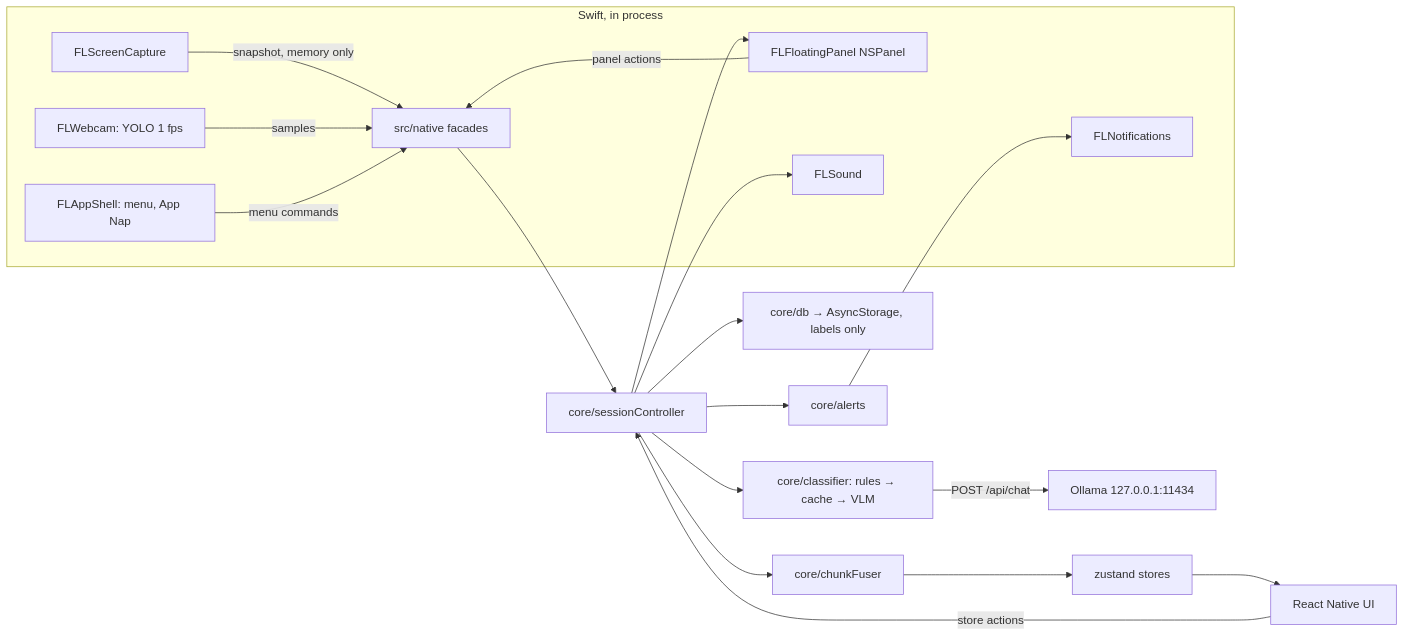
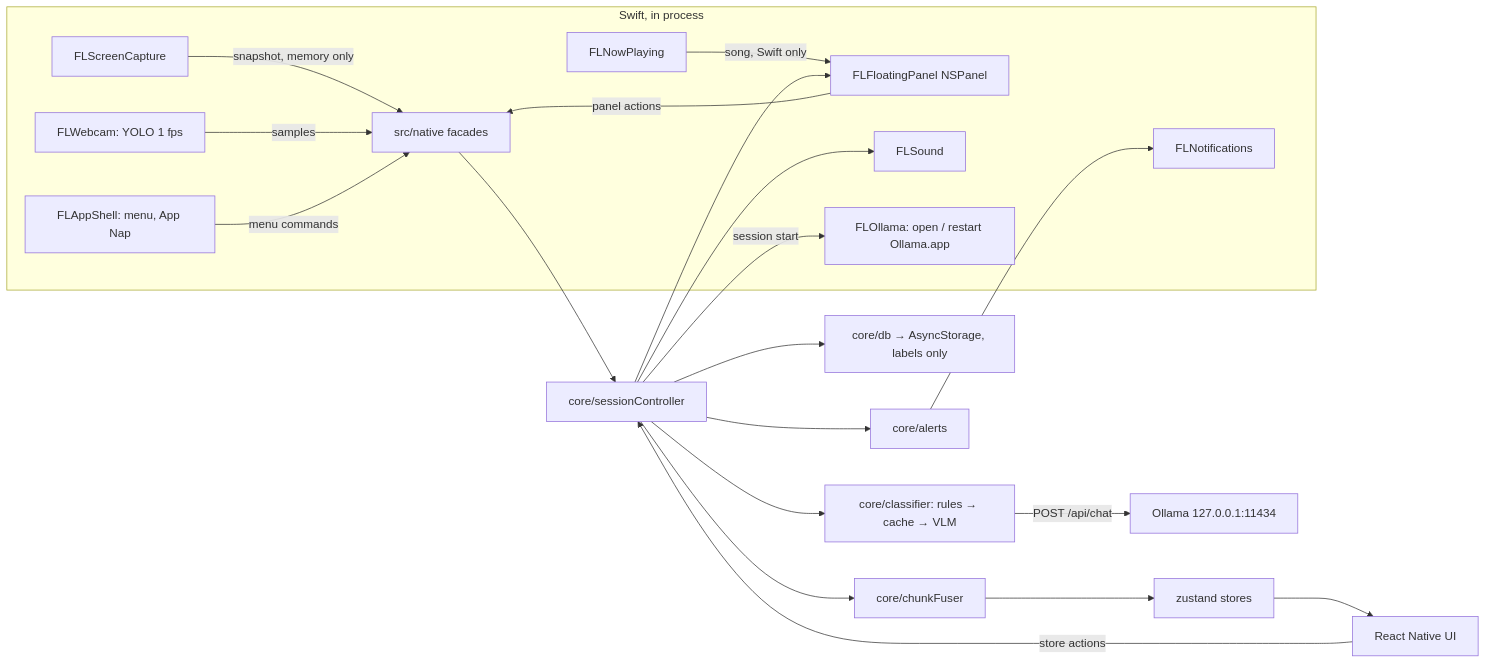
The diagram in README.md (AlperErg/larpless), drawn with Mermaid before and after one commit. The commit also changed other lines of this file, not shown here.

````diff
--- a/README.md
+++ b/README.md
@@ -39,21 +39,24 @@
 ```mermaid
 flowchart LR
   subgraph swift [Swift, in process]
     SC[FLScreenCapture] -->|snapshot, memory only| F
     WC[FLWebcam: YOLO 1 fps] -->|samples| F
     PN[FLFloatingPanel NSPanel] -->|panel actions| F
     AS[FLAppShell: menu, App Nap] -->|menu commands| F
+    NP[FLNowPlaying] -->|song, Swift only| PN
     NT[FLNotifications]
     SD[FLSound]
+    OH[FLOllama: open / restart Ollama.app]
   end
   F[src/native facades] --> CTRL[core/sessionController]
   CTRL --> CLS[core/classifier: rules → cache → VLM]
   CLS -->|POST /api/chat| OL[Ollama 127.0.0.1:11434]
   CTRL --> FU[core/chunkFuser] --> ST[zustand stores]
   CTRL --> AL[core/alerts] --> NT
   CTRL --> PN
   CTRL --> SD
+  CTRL -->|session start| OH
   CTRL --> DB[core/db → AsyncStorage, labels only]
   ST --> UI[React Native UI]
   UI -->|store actions| CTRL
 ```
````
